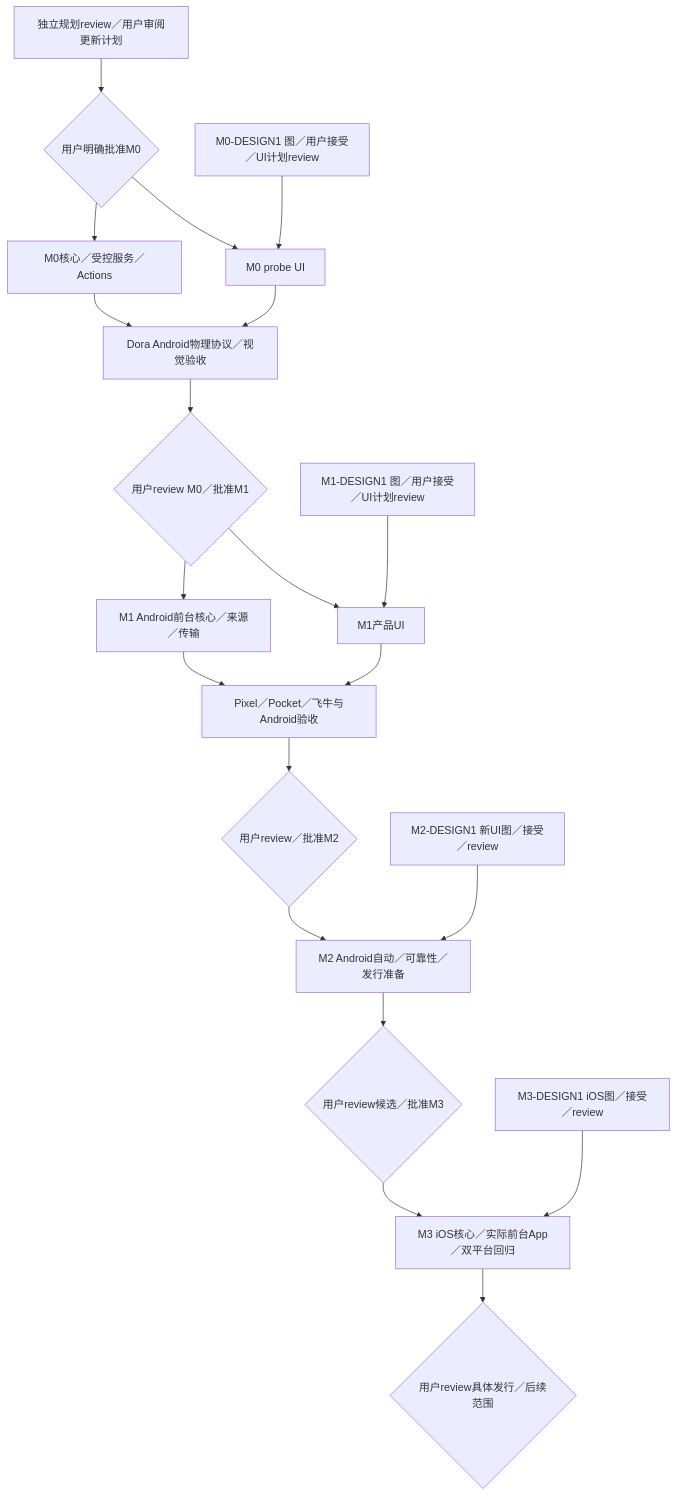
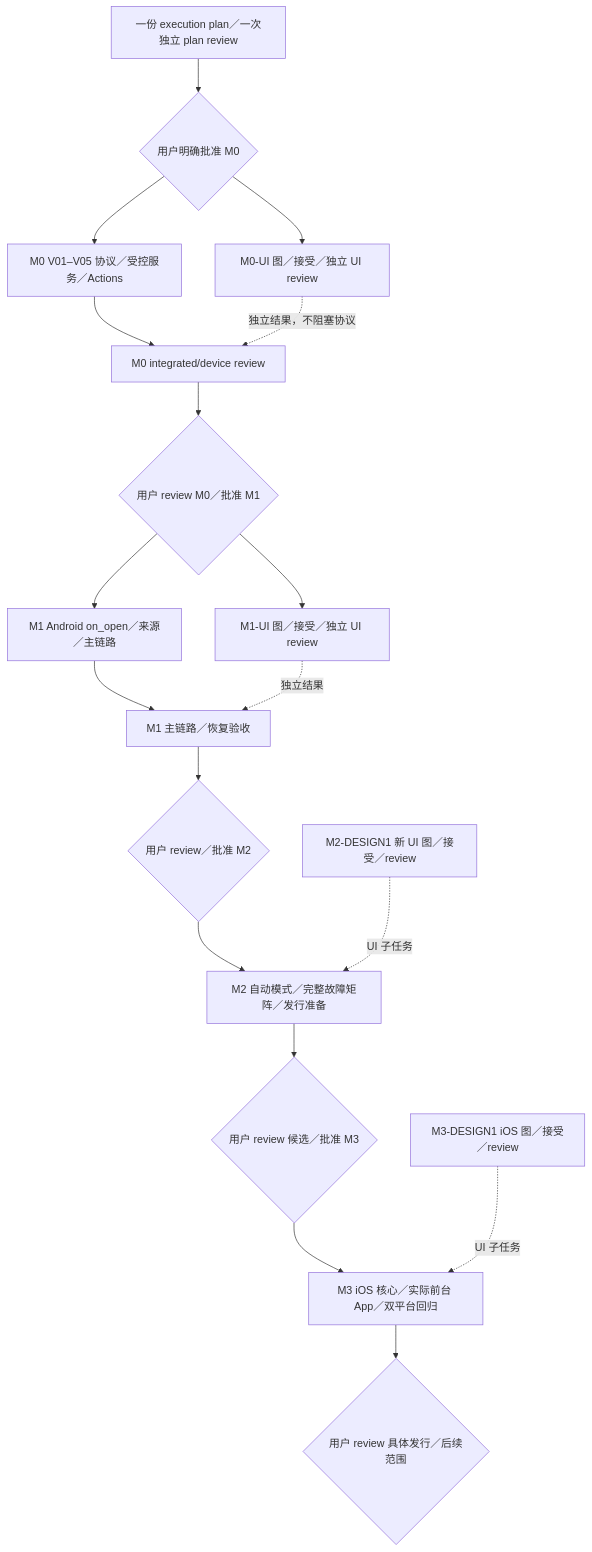
The diagram in docs/implementation-plan.md (GhostFlying/ferry), drawn with Mermaid before and after one commit. The commit also changed other lines of this file and 6 other files, not shown here.

````diff
--- a/docs/implementation-plan.md
+++ b/docs/implementation-plan.md
@@ -28,22 +28,20 @@
 ```mermaid
 flowchart TD
-    R[独立规划review／用户审阅更新计划] --> U0{用户明确批准M0}
-    D0[M0-DESIGN1 图／用户接受／UI计划review] --> M0UI[M0 probe UI]
-    U0 --> M0[M0核心／受控服务／Actions]
-    U0 --> M0UI
-    M0 --> V0[Dora Android物理协议／视觉验收]
-    M0UI --> V0
-    V0 --> U1{用户review M0／批准M1}
-    U1 --> M1[M1 Android前台核心／来源／传输]
-    D1[M1-DESIGN1 图／用户接受／UI计划review] --> M1UI[M1产品UI]
-    U1 --> M1UI
-    M1 --> V1[Pixel／Pocket／飞牛与Android验收]
-    M1UI --> V1
-    V1 --> U2{用户review／批准M2}
-    U2 --> M2[M2 Android自动／可靠性／发行准备]
-    D2[M2-DESIGN1 新UI图／接受／review] --> M2
-    M2 --> U3{用户review候选／批准M3}
-    U3 --> M3[M3 iOS核心／实际前台App／双平台回归]
-    D3[M3-DESIGN1 iOS图／接受／review] --> M3
-    M3 --> U4{用户review具体发行／后续范围}
+    R[一份 execution plan／一次独立 plan review] --> U0{用户明确批准 M0}
+    U0 --> M0[M0 V01–V05 协议／受控服务／Actions]
+    U0 --> M0UI[M0-UI 图／接受／独立 UI review]
+    M0 --> V0[M0 integrated/device review]
+    M0UI -. 独立结果，不阻塞协议 .-> V0
+    V0 --> U1{用户 review M0／批准 M1}
+    U1 --> M1[M1 Android on_open／来源／主链路]
+    U1 --> M1UI[M1-UI 图／接受／独立 UI review]
+    M1 --> V1[M1 主链路／恢复验收]
+    M1UI -. 独立结果 .-> V1
+    V1 --> U2{用户 review／批准 M2}
+    U2 --> M2[M2 自动模式／完整故障矩阵／发行准备]
+    D2[M2-DESIGN1 新 UI 图／接受／review] -. UI 子任务 .-> M2
+    M2 --> U3{用户 review 候选／批准 M3}
+    U3 --> M3[M3 iOS 核心／实际前台 App／双平台回归]
+    D3[M3-DESIGN1 iOS 图／接受／review] -. UI 子任务 .-> M3
+    M3 --> U4{用户 review 具体发行／后续范围}
 ```
````
